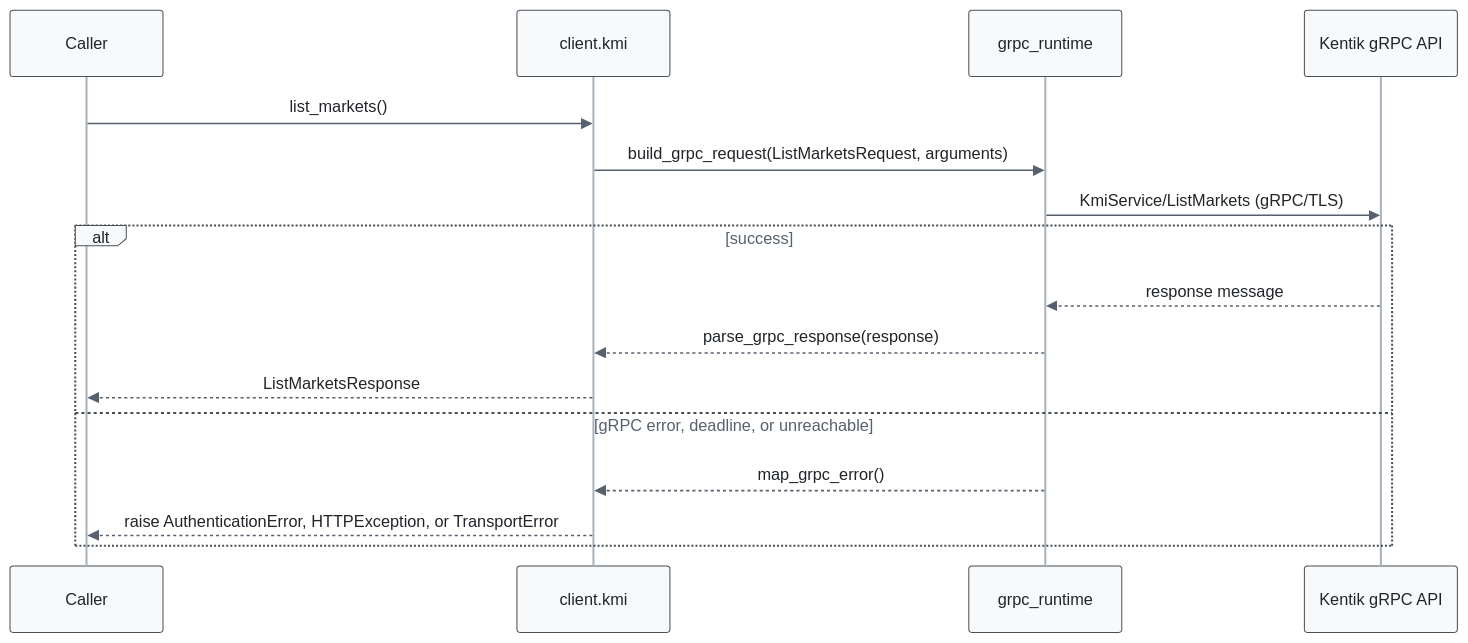
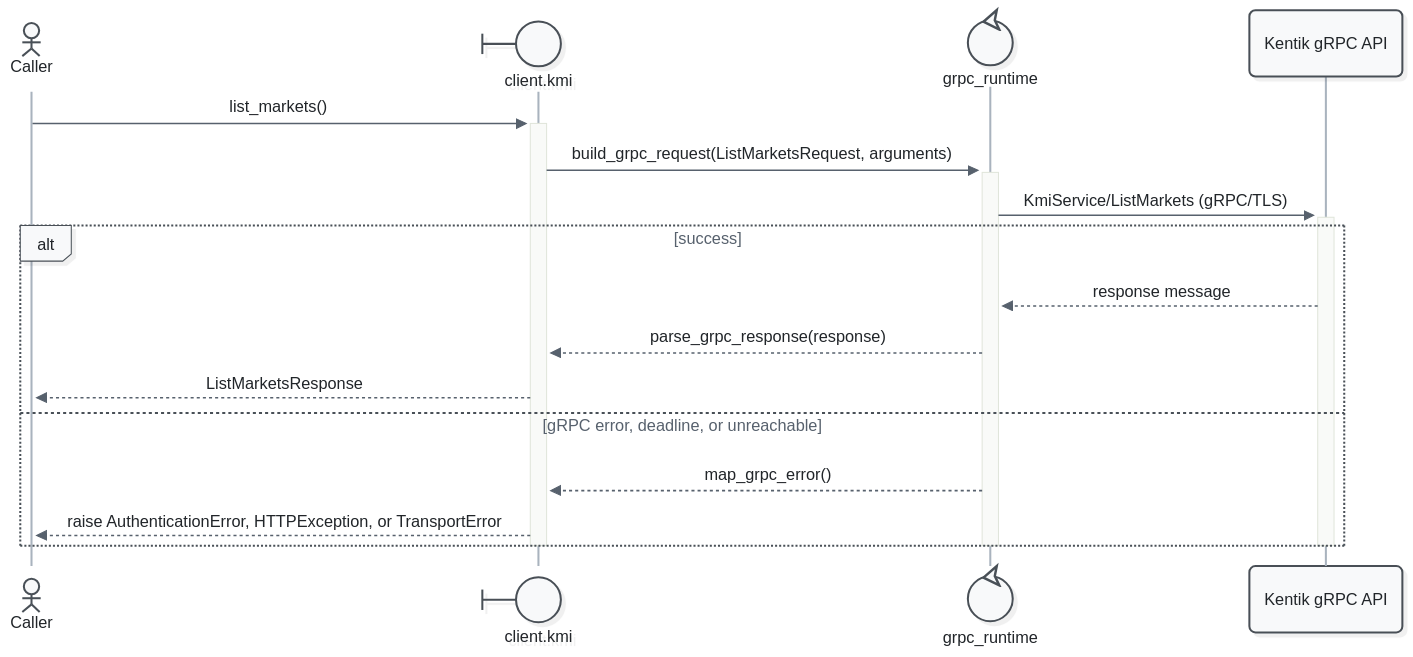
The tenth of 11 diagrams in docs/sphinx/services/kmi.md (alexdearaujo/community_sdk_python), drawn with Mermaid before and after one commit. The commit also changed other lines of this file and 52 other files, not shown here.

First line of the commit message:
docs: Mermaid 12 sequence diagrams with participant types and path colors

````diff
--- a/docs/sphinx/services/kmi.md
+++ b/docs/sphinx/services/kmi.md
@@ -390,20 +412,23 @@
 ```mermaid
-%%{init: {"theme": "base", "fontFamily": "ui-monospace, SFMono-Regular, Menlo, monospace", "themeVariables": {"fontFamily": "ui-monospace, SFMono-Regular, Menlo, monospace", "primaryColor": "#f8f9fa", "primaryBorderColor": "#495057", "primaryTextColor": "#212529", "textColor": "#212529", "lineColor": "#77818c", "edgeLabelBackground": "#ffffff", "actorBkg": "#f8f9fa", "actorBorder": "#495057", "actorTextColor": "#212529", "actorLineColor": "#a9b3be", "signalColor": "#57616d", "signalTextColor": "#212529", "labelBoxBkgColor": "#f8f9fa", "labelBoxBorderColor": "#495057", "labelTextColor": "#212529", "loopTextColor": "#57616d", "noteBkgColor": "#fff9db", "noteBorderColor": "#f08c00", "noteTextColor": "#a35a00"}, "flowchart": {"curve": "step", "nodeSpacing": 30, "rankSpacing": 70, "wrappingWidth": 400}}}%%
+%%{init: {"theme": "redux", "look": "neo", "layout": "dagre", "fontFamily": "ui-monospace, SFMono-Regular, Menlo, monospace", "themeVariables": {"fontFamily": "ui-monospace, SFMono-Regular, Menlo, monospace", "primaryColor": "#f8f9fa", "primaryBorderColor": "#495057", "primaryTextColor": "#212529", "textColor": "#212529", "lineColor": "#77818c", "edgeLabelBackground": "#ffffff", "actorBkg": "#f8f9fa", "actorBorder": "#495057", "actorTextColor": "#212529", "actorLineColor": "#a9b3be", "signalColor": "#57616d", "signalTextColor": "#212529", "labelBoxBkgColor": "#f8f9fa", "labelBoxBorderColor": "#495057", "labelTextColor": "#212529", "loopTextColor": "#57616d", "noteBkgColor": "#fff9db", "noteBorderColor": "#f08c00", "noteTextColor": "#a35a00"}, "sequence": {"activationWidth": 16}, "flowchart": {"curve": "step", "nodeSpacing": 30, "rankSpacing": 70, "wrappingWidth": 400}}}%%
 sequenceDiagram
-    participant C as Caller
-    participant W as client.kmi
-    participant R as grpc_runtime
+    actor C as Caller
+    participant W@{ "type": "boundary" } as client.kmi
+    participant R@{ "type": "control" } as grpc_runtime
     participant API as Kentik gRPC API
 
-    C->>W: list_markets()
-    W->>R: build_grpc_request(ListMarketsRequest, arguments)
-    R->>API: KmiService/ListMarkets (gRPC/TLS)
+    C->>+W: list_markets()
+    W->>+R: build_grpc_request(ListMarketsRequest, arguments)
+    R->>+API: KmiService/ListMarkets (gRPC/TLS)
     alt success
         API-->>R: response message
         R-->>W: parse_grpc_response(response)
         W-->>C: ListMarketsResponse
     else gRPC error, deadline, or unreachable
         R-->>W: map_grpc_error()
         W-->>C: raise AuthenticationError, HTTPException, or TransportError
     end
+    deactivate API
+    deactivate R
+    deactivate W
 ```
````
